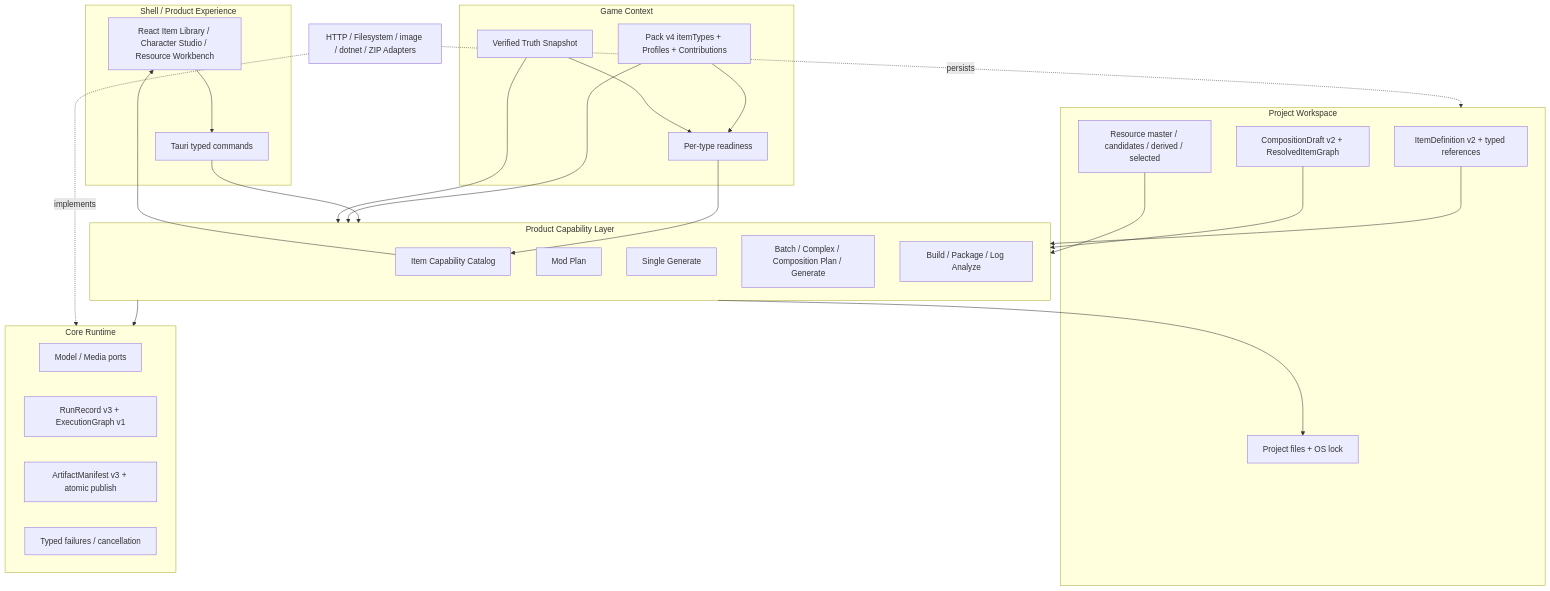
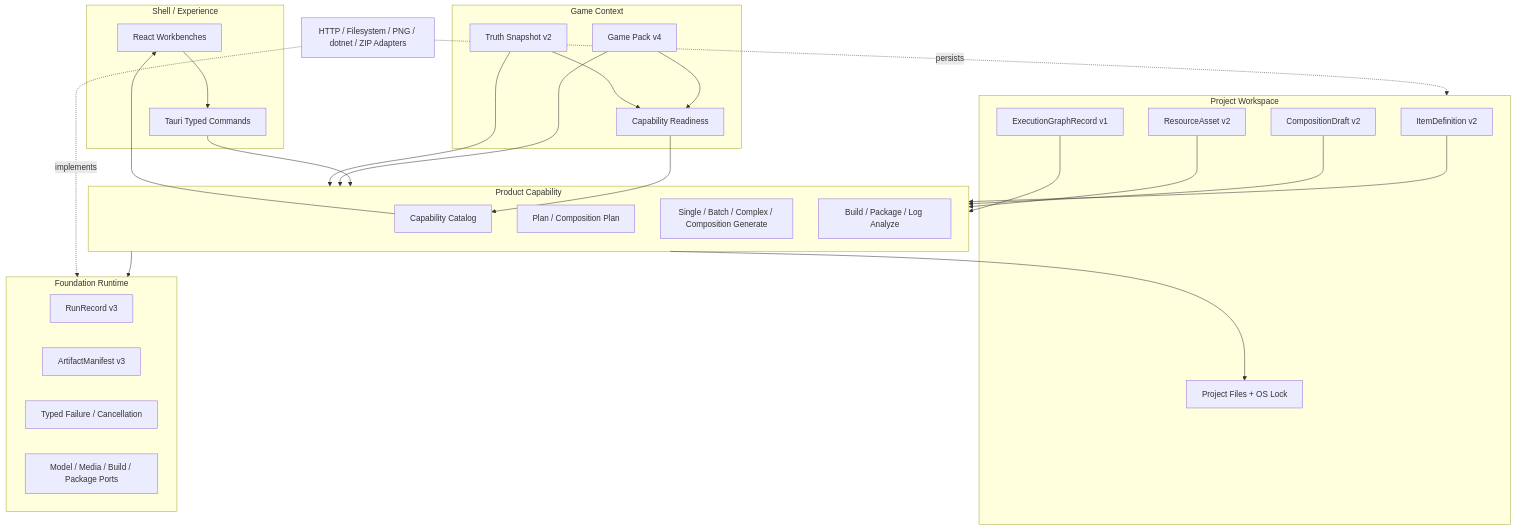
The diagram in docs/03-当前方案/当前方案.md (Frashmeat/AgentForSTS2), drawn with Mermaid before and after one commit. The commit also changed other lines of this file and 9 other files, not shown here.

Commit message:
docs(stage2): consolidate current architecture guidance

````diff
--- a/docs/03-当前方案/当前方案.md
+++ b/docs/03-当前方案/当前方案.md
@@ -19,52 +19,53 @@
 ```mermaid
 flowchart TB
-    subgraph Shell[Shell / Product Experience]
-        React[React Item Library / Character Studio / Resource Workbench]
-        Tauri[Tauri typed commands]
+    subgraph Shell[Shell / Experience]
+        React[React Workbenches]
+        Tauri[Tauri Typed Commands]
     end
 
-    subgraph Capability[Product Capability Layer]
-        Catalog[Item Capability Catalog]
-        Plan[Mod Plan]
-        Single[Single Generate]
-        Batch[Batch / Complex / Composition Plan / Generate]
-        Build[Build / Package / Log Analyze]
+    subgraph Feature[Product Capability]
+        Catalog[Capability Catalog]
+        Plan[Plan / Composition Plan]
+        Generate[Single / Batch / Complex / Composition Generate]
+        Delivery[Build / Package / Log Analyze]
     end
 
-    subgraph Game[Game Context]
-        Pack[Pack v4 itemTypes + Profiles + Contributions]
-        Truth[Verified Truth Snapshot]
-        Ready[Per-type readiness]
+    subgraph Context[Game Context]
+        Pack[Game Pack v4]
+        Truth[Truth Snapshot v2]
+        Ready[Capability Readiness]
     end
 
     subgraph Workspace[Project Workspace]
-        Items[ItemDefinition v2 + typed references]
-        Drafts[CompositionDraft v2 + ResolvedItemGraph]
-        Resources[Resource master / candidates / derived / selected]
-        Project[Project files + OS lock]
+        Items[ItemDefinition v2]
+        Drafts[CompositionDraft v2]
+        Resources[ResourceAsset v2]
+        Graphs[ExecutionGraphRecord v1]
+        Project[Project Files + OS Lock]
     end
 
-    subgraph Core[Core Runtime]
-        Model[Model / Media ports]
-        Run[RunRecord v3 + ExecutionGraph v1]
-        Artifact[ArtifactManifest v3 + atomic publish]
-        Failure[Typed failures / cancellation]
+    subgraph Runtime[Foundation Runtime]
+        Runs[RunRecord v3]
+        Artifacts[ArtifactManifest v3]
+        Failure[Typed Failure / Cancellation]
+        Ports[Model / Media / Build / Package Ports]
     end
 
-    Adapters[HTTP / Filesystem / image / dotnet / ZIP Adapters]
+    Adapters[HTTP / Filesystem / PNG / dotnet / ZIP Adapters]
 
     Pack --> Ready
     Truth --> Ready
     Ready --> Catalog
     Catalog --> React
-    React --> Tauri --> Capability
-    Pack --> Capability
-    Truth --> Capability
-    Items --> Capability
-    Drafts --> Capability
-    Resources --> Capability
-    Capability --> Core
-    Capability --> Project
-    Adapters -. implements .-> Core
+    React --> Tauri --> Feature
+    Pack --> Feature
+    Truth --> Feature
+    Items --> Feature
+    Drafts --> Feature
+    Resources --> Feature
+    Graphs --> Feature
+    Feature --> Runtime
+    Feature --> Project
+    Adapters -. implements .-> Runtime
     Adapters -. persists .-> Workspace
 ```
````
